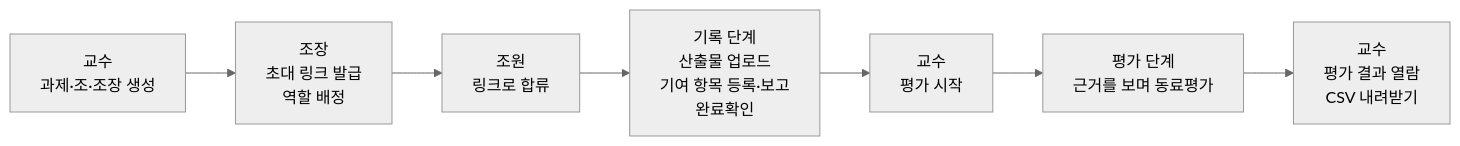
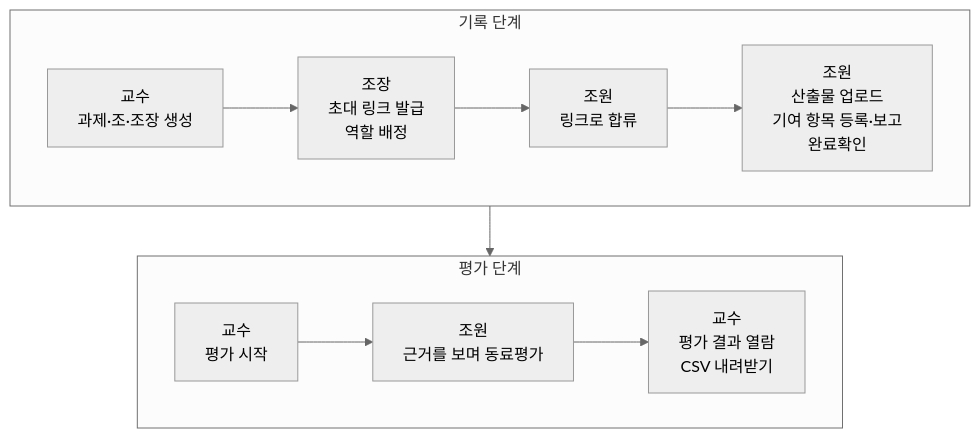
The diagram in README.md (Pyrite9/footprint-demo), drawn with Mermaid (neutral theme) before and after one commit. The commit also changed 1 other file, not shown here.

Commit message:
docs: split README flow diagram into two rows

````diff
--- a/README.md
+++ b/README.md
@@ -48,9 +48,15 @@
 ```mermaid
-flowchart LR
-    A["교수<br>과제·조·조장 생성"] --> B["조장<br>초대 링크 발급<br>역할 배정"]
-    B --> C["조원<br>링크로 합류"]
-    C --> D["기록 단계<br>산출물 업로드<br>기여 항목 등록·보고<br>완료확인"]
-    D --> E["교수<br>평가 시작"]
-    E --> F["평가 단계<br>근거를 보며 동료평가"]
-    F --> G["교수<br>평가 결과 열람<br>CSV 내려받기"]
+flowchart TB
+    subgraph REC["기록 단계"]
+        direction LR
+        A["교수<br>과제·조·조장 생성"] --> B["조장<br>초대 링크 발급<br>역할 배정"]
+        B --> C["조원<br>링크로 합류"]
+        C --> D["조원<br>산출물 업로드<br>기여 항목 등록·보고<br>완료확인"]
+    end
+    subgraph EVAL["평가 단계"]
+        direction LR
+        E["교수<br>평가 시작"] --> F["조원<br>근거를 보며 동료평가"]
+        F --> G["교수<br>평가 결과 열람<br>CSV 내려받기"]
+    end
+    REC --> EVAL
 ```
````
